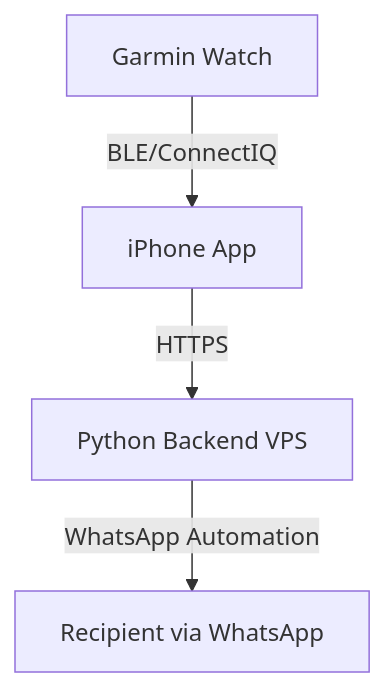
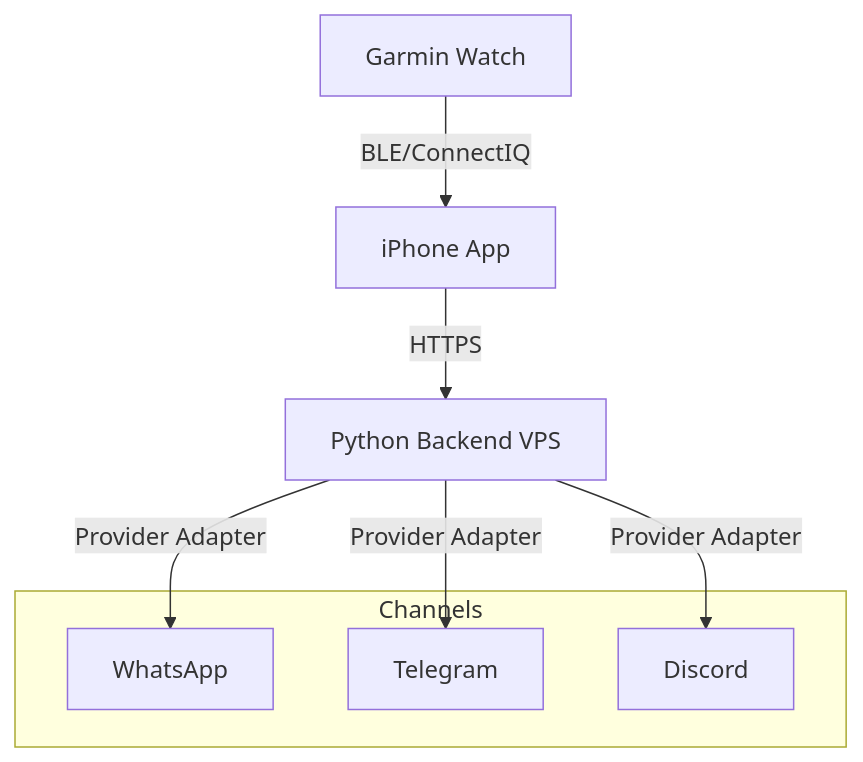
One commit to ItayBenben/Wrist2MSG changed the diagram in Architecture_Design.md. Above: the diagram before and after it, drawn with Mermaid. The commit also changed other lines of this file and 5 other files, not shown here.

````diff
--- a/Architecture_Design.md
+++ b/Architecture_Design.md
@@ -19,6 +20,13 @@
 ```mermaid
 graph TD
     A[Garmin Watch] -->|BLE/ConnectIQ| B[iPhone App]
     B -->|HTTPS| C[Python Backend VPS]
-    C -->|WhatsApp Automation| D[Recipient via WhatsApp]
+    subgraph Channels
+      D1[WhatsApp]
+      D2[Telegram]
+      D3[Discord]
+    end
+    C -->|Provider Adapter| D1
+    C -->|Provider Adapter| D2
+    C -->|Provider Adapter| D3
 ```
````
